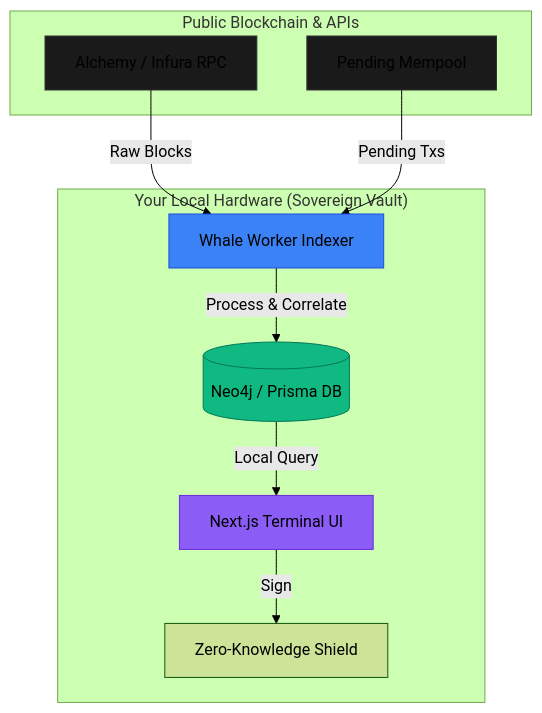
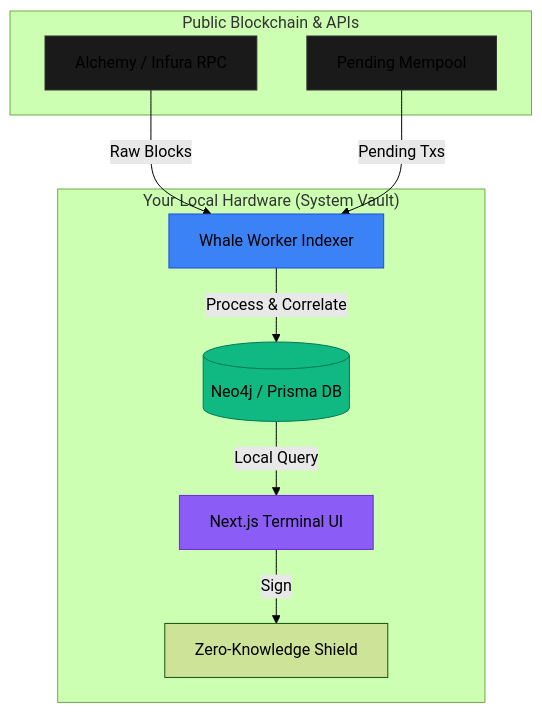
The diagram in SOVEREIGN_WHITEPAPER.md (atfortyseven-creations/whalecosystem), drawn with Mermaid (forest theme) before and after one commit. The commit also changed other lines of this file and 1216 other files, not shown here.

````diff
--- a/SOVEREIGN_WHITEPAPER.md
+++ b/SOVEREIGN_WHITEPAPER.md
@@ -18,26 +18,26 @@
 ```mermaid
 graph TD
     subgraph "Public Blockchain & APIs"
         RPC[Alchemy / Infura RPC]
         Mempool[Pending Mempool]
     end
 
-    subgraph "Your Local Hardware (Sovereign Vault)"
+    subgraph "Your Local Hardware (System Vault)"
         Worker[Whale Worker Indexer]
         DB[(Neo4j / Prisma DB)]
         UI[Next.js Terminal UI]
         ZK[Zero-Knowledge Shield]
     end
 
     RPC -->|Raw Blocks| Worker
     Mempool -->|Pending Txs| Worker
     Worker -->|Process & Correlate| DB
     DB -->|Local Query| UI
     UI -->|Sign| ZK
 
     style RPC fill:#1a1a1a,stroke:#333
     style Mempool fill:#1a1a1a,stroke:#333
     style Worker fill:#3b82f6,stroke:#1d4ed8
     style DB fill:#10b981,stroke:#047857
     style UI fill:#8b5cf6,stroke:#6d28d9
 ```
````
